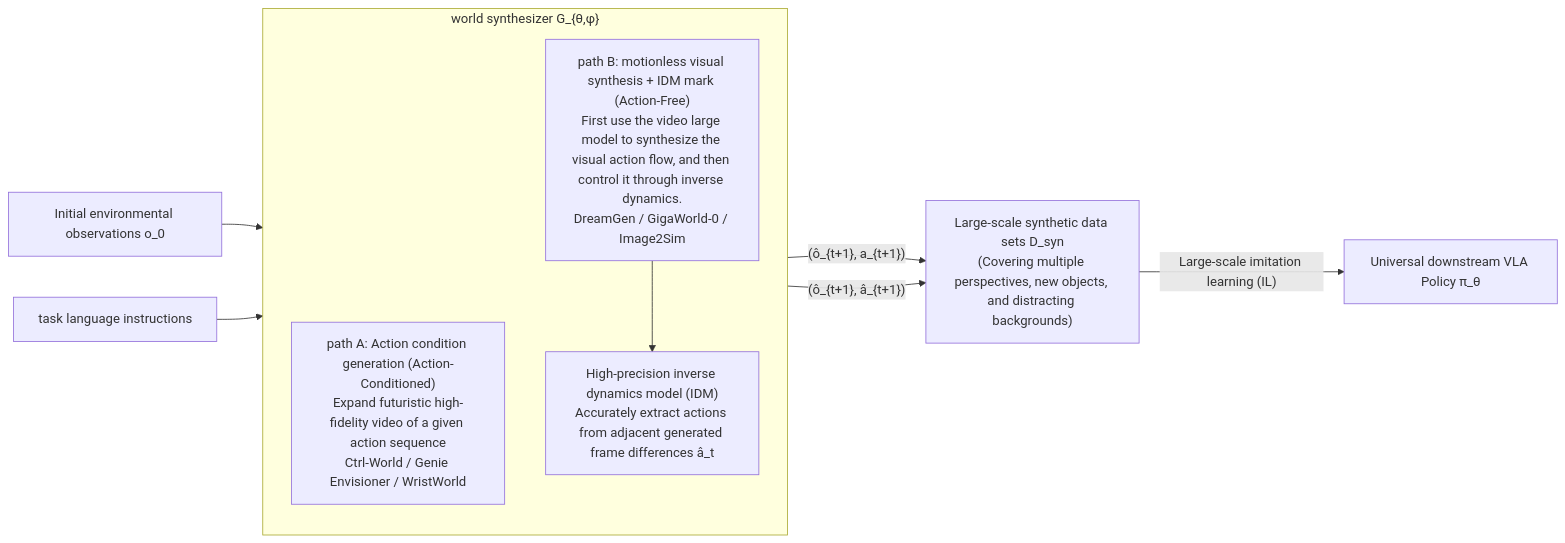
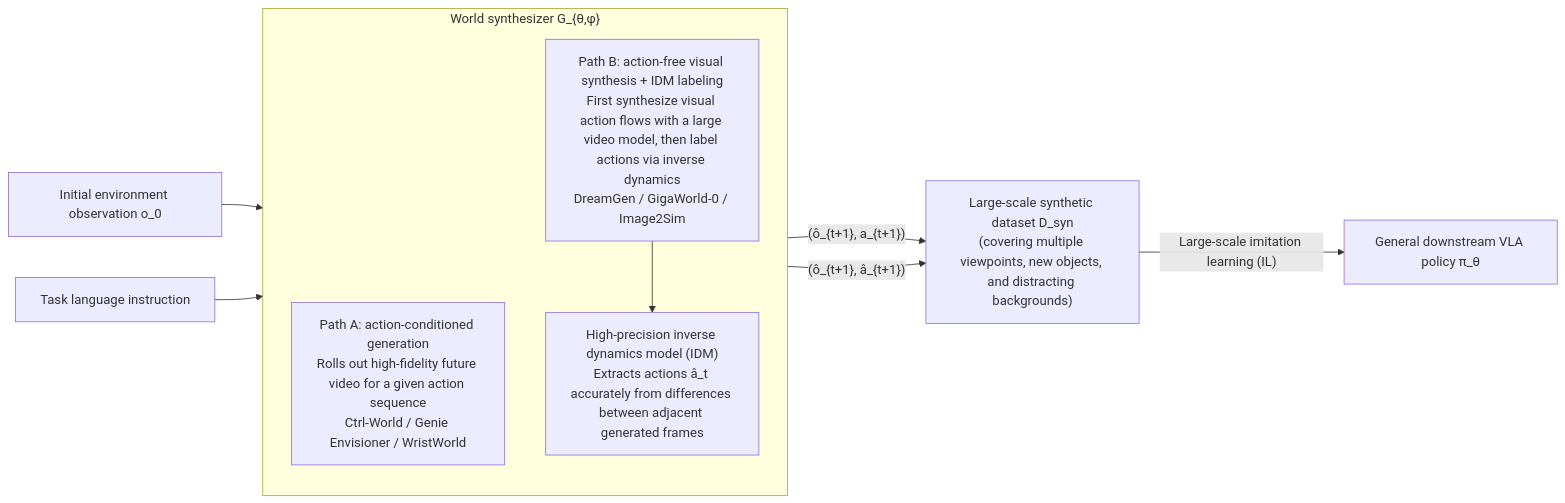
The seventh of 11 diagrams in _translations/en/research/World-Models-Survey.md (TingdeLiu/tingdeliu.github.io), drawn with Mermaid before and after one commit. The commit also changed other lines of this file and 51 other files, not shown here.

````diff
--- a/_translations/en/research/World-Models-Survey.md
+++ b/_translations/en/research/World-Models-Survey.md
@@ -1734,17 +1734,17 @@
 ```mermaid
 flowchart LR
-    Init["Initial environmental observations o_0"] --> G
-    Cmd["task language instructions"] --> G
+    Init["Initial environment observation o_0"] --> G
+    Cmd["Task language instruction"] --> G
 
-    subgraph G["world synthesizer G_{θ,φ}"]
+    subgraph G["World synthesizer G_{θ,φ}"]
         direction TB
-        PathA["path A: Action condition generation (Action-Conditioned)\nExpand futuristic high-fidelity video of a given action sequence\nCtrl-World / Genie Envisioner / WristWorld"]
-        PathB["path B: motionless visual synthesis + IDM mark (Action-Free)\nFirst use the video large model to synthesize the visual action flow, and then control it through inverse dynamics.\nDreamGen / GigaWorld-0 / Image2Sim"]
-        IDM["High-precision inverse dynamics model (IDM)\nAccurately extract actions from adjacent generated frame differences â_t"]
+        PathA["Path A: action-conditioned generation\nRolls out high-fidelity future video for a given action sequence\nCtrl-World / Genie Envisioner / WristWorld"]
+        PathB["Path B: action-free visual synthesis + IDM labeling\nFirst synthesize visual action flows with a large video model, then label actions via inverse dynamics\nDreamGen / GigaWorld-0 / Image2Sim"]
+        IDM["High-precision inverse dynamics model (IDM)\nExtracts actions â_t accurately from differences between adjacent generated frames"]
         PathB --> IDM
     end
 
     PathA -->|"(ô_{t+1}, a_{t+1})"| Dsyn
     IDM  -->|"(ô_{t+1}, â_{t+1})"| Dsyn
-    Dsyn["Large-scale synthetic data sets D_syn\n(Covering multiple perspectives, new objects, and distracting backgrounds)"] -->|"Large-scale imitation learning (IL)"| Policy["Universal downstream VLA Policy π_θ"]
+    Dsyn["Large-scale synthetic dataset D_syn\n(covering multiple viewpoints, new objects, and distracting backgrounds)"] -->|"Large-scale imitation learning (IL)"| Policy["General downstream VLA policy π_θ"]
 ```
````
